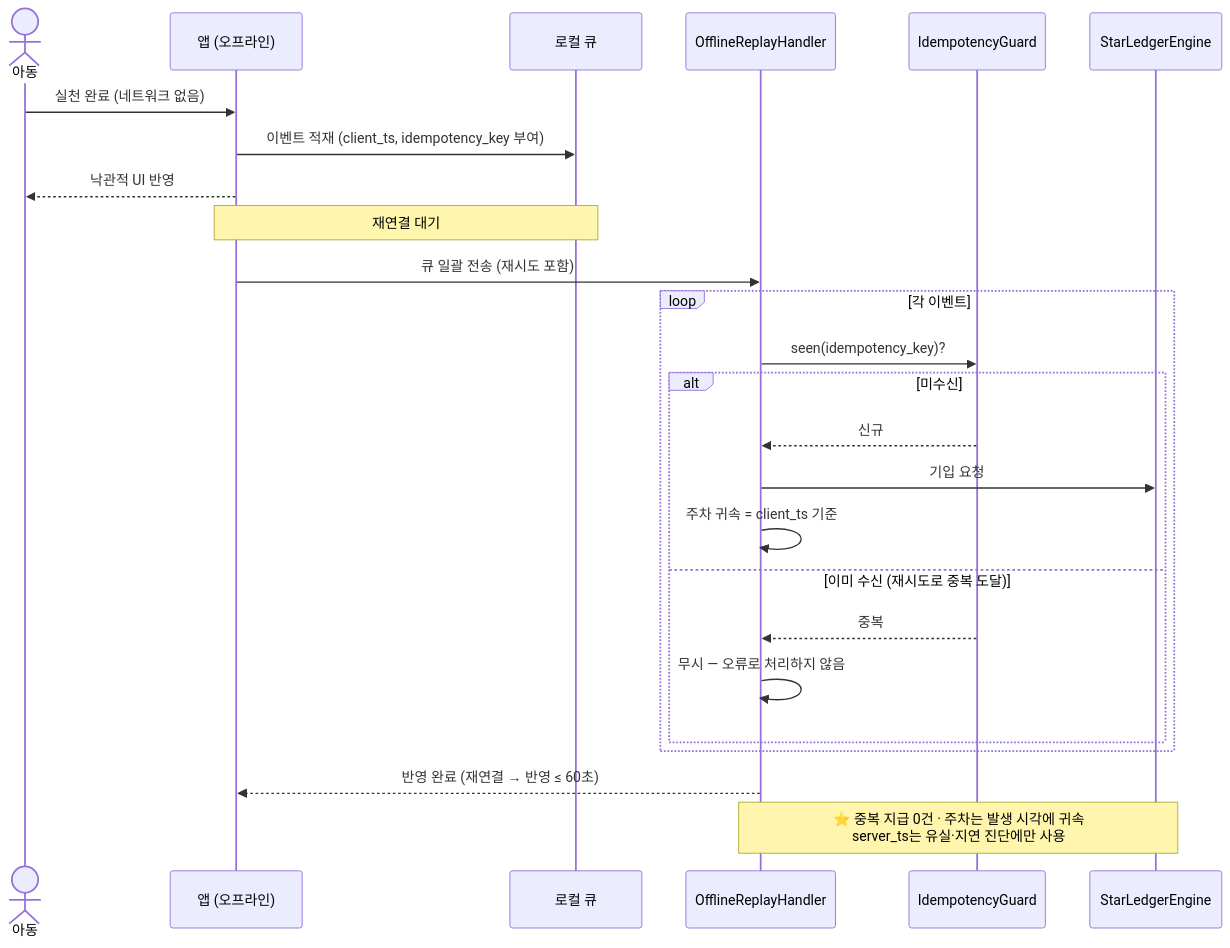
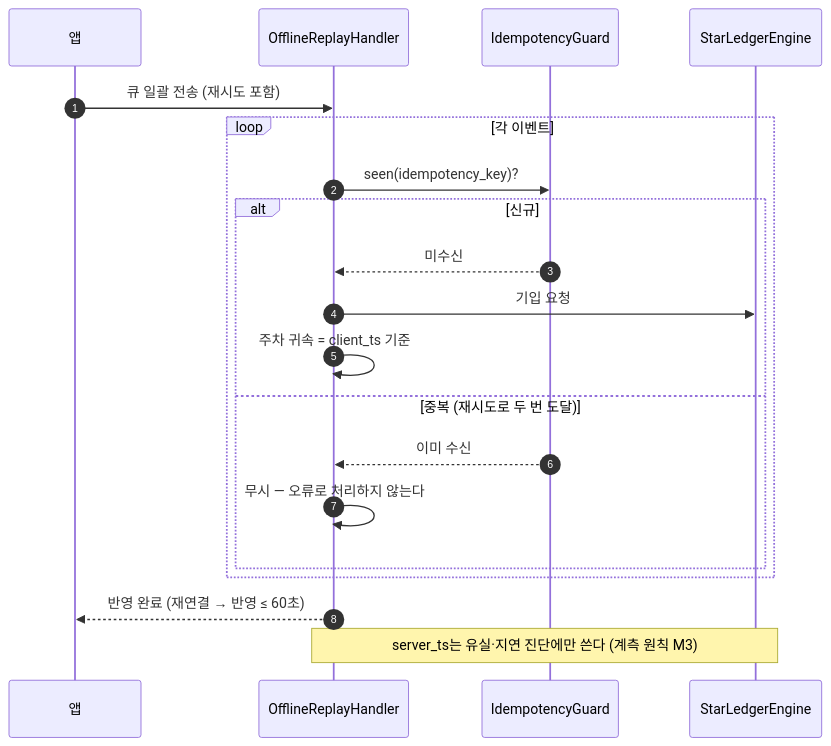
Diagram 30 of 51 in DESIGN_finfriends-v1_0.md (new-rim/finfriends-prd-to-srs), drawn with Mermaid before and after one commit. The commit also changed other lines of this file and 1 other file, not shown here.

````diff
--- a/DESIGN_finfriends-v1_0.md
+++ b/DESIGN_finfriends-v1_0.md
@@ -1300,31 +1548,25 @@
 ```mermaid
 sequenceDiagram
-    actor C as 아동
-    participant APP as 앱 (오프라인)
-    participant Q as 로컬 큐
+    autonumber
+    participant APP as 앱
     participant EC as OfflineReplayHandler
     participant IG as IdempotencyGuard
     participant SL as StarLedgerEngine
 
-    C->>APP: 실천 완료 (네트워크 없음)
-    APP->>Q: 이벤트 적재 (client_ts, idempotency_key 부여)
-    APP-->>C: 낙관적 UI 반영
+    APP->>EC: 큐 일괄 전송 (재시도 포함)
 
-    Note over APP,Q: 재연결 대기
-
-    APP->>EC: 큐 일괄 전송 (재시도 포함)
     loop 각 이벤트
         EC->>IG: seen(idempotency_key)?
-        alt 미수신
-            IG-->>EC: 신규
+        alt 신규
+            IG-->>EC: 미수신
             EC->>SL: 기입 요청
             EC->>EC: 주차 귀속 = client_ts 기준
-        else 이미 수신 (재시도로 중복 도달)
-            IG-->>EC: 중복
-            EC->>EC: 무시 — 오류로 처리하지 않음
+        else 중복 (재시도로 두 번 도달)
+            IG-->>EC: 이미 수신
+            EC->>EC: 무시 — 오류로 처리하지 않는다
         end
     end
+
     EC-->>APP: 반영 완료 (재연결 → 반영 ≤ 60초)
-
-    Note over EC,SL: ⭐ 중복 지급 0건 · 주차는 발생 시각에 귀속<br/>server_ts는 유실·지연 진단에만 사용
+    Note over EC,SL: server_ts는 유실·지연 진단에만 쓴다 (계측 원칙 M3)
 ```
````
